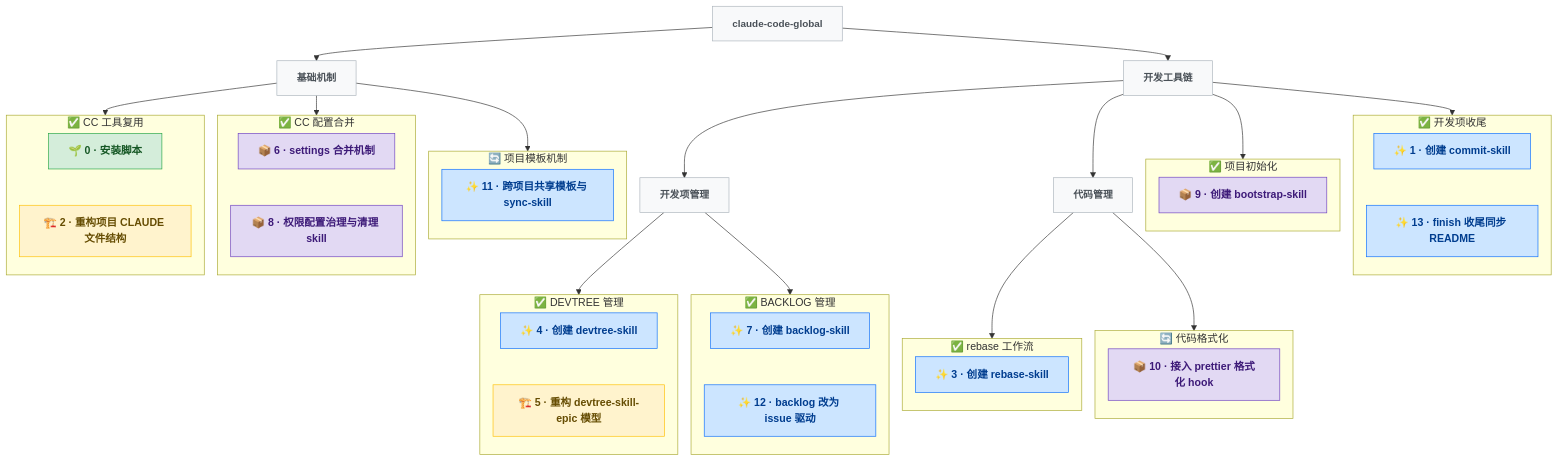
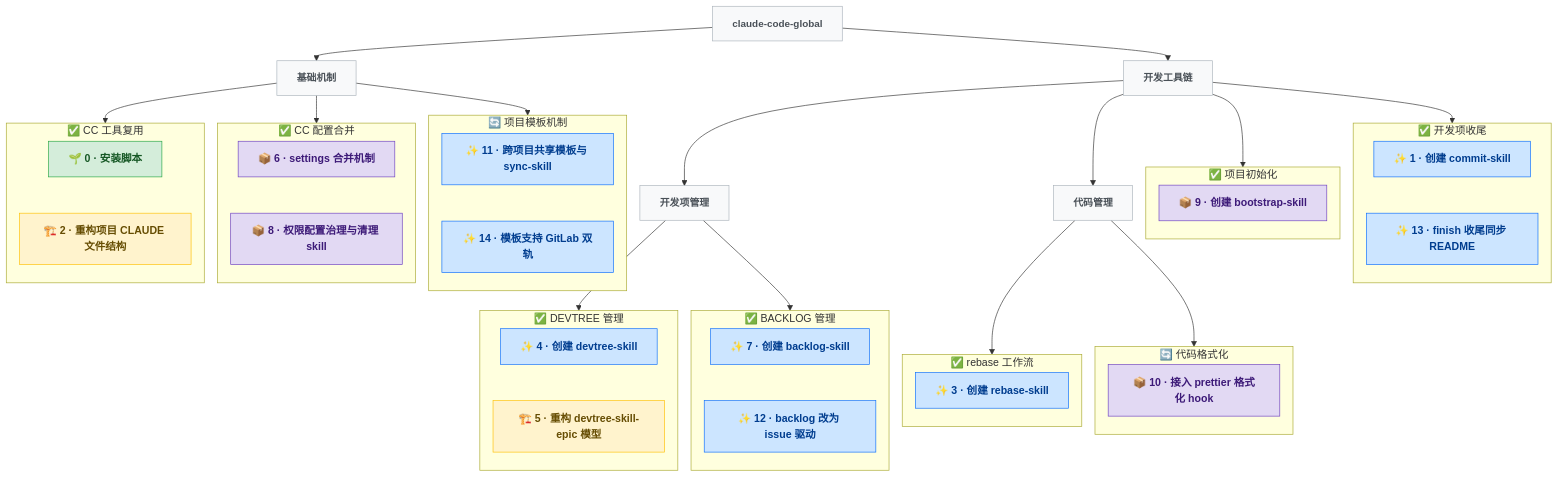
Before and after one commit to pkulijing/claude-code-global: the diagram in docs/DEVTREE.md, drawn with Mermaid. The commit also changed other lines of this file and 12 other files, not shown here.

First line of the commit message:
feat(14): 模板支持 GitLab 双轨（项目侧双兼容方案）

```diff
--- a/docs/DEVTREE.md
+++ b/docs/DEVTREE.md
@@ -58,6 +58,8 @@
   subgraph e_template["🔄 项目模板机制"]
     direction TB
     N11["✨ 11 · 跨项目共享模板与 sync-skill"]:::feature
+    N14["✨ 14 · 模板支持 GitLab 双轨"]:::feature
+    N11 ~~~ N14
   end
 
   subgraph e_bootstrap["✅ 项目初始化"]
```
